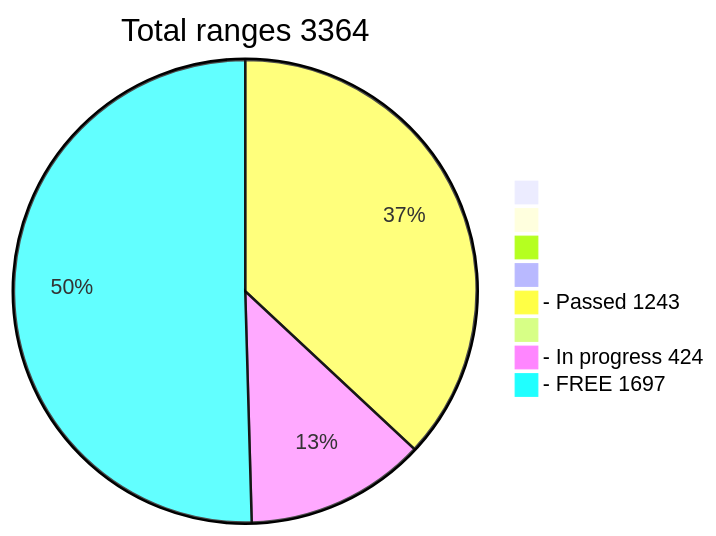
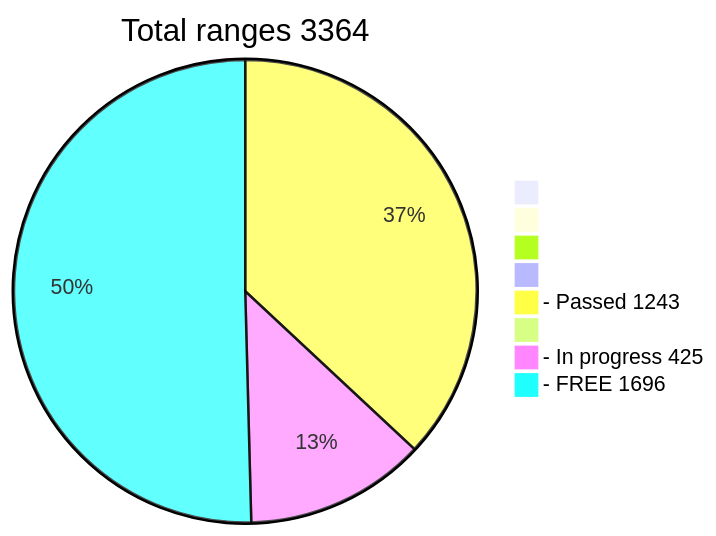
One commit to phrutis/wif500 changed the diagram in README.md. Above: the diagram before and after it, drawn with Mermaid.

````diff
--- a/README.md
+++ b/README.md
@@ -16,12 +16,12 @@
 ```mermaid
 pie title Total ranges 3364
              " " : 0
             "  " : 0
            "   " : 0
           "    " : 0
   "- Passed 1243" : 1243
          "     " : 0
-  "- In progress 424" : 424
-   "- FREE 1697" : 1697
+  "- In progress 425" : 425
+   "- FREE 1696" : 1696
    
 ```
````
